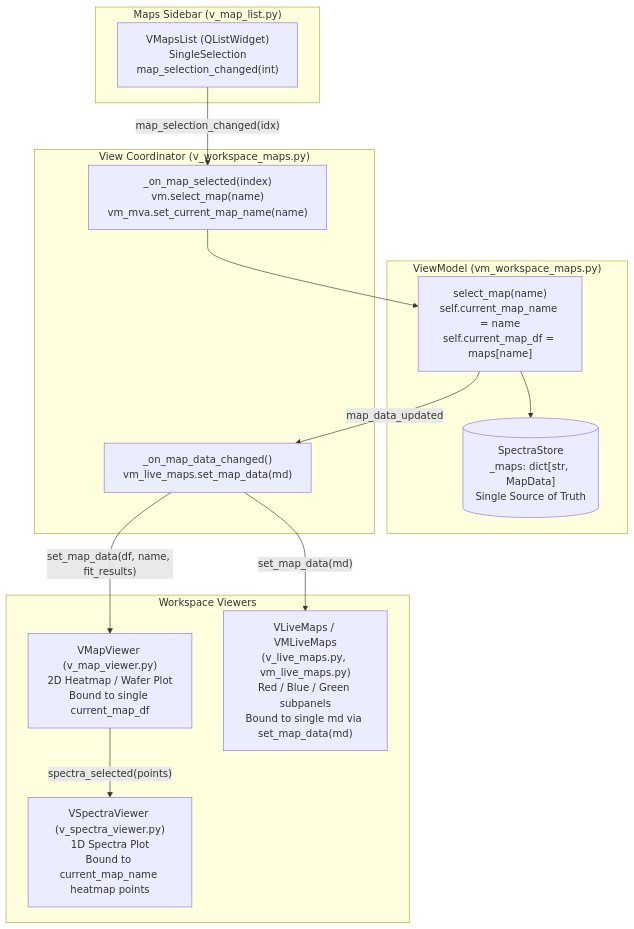
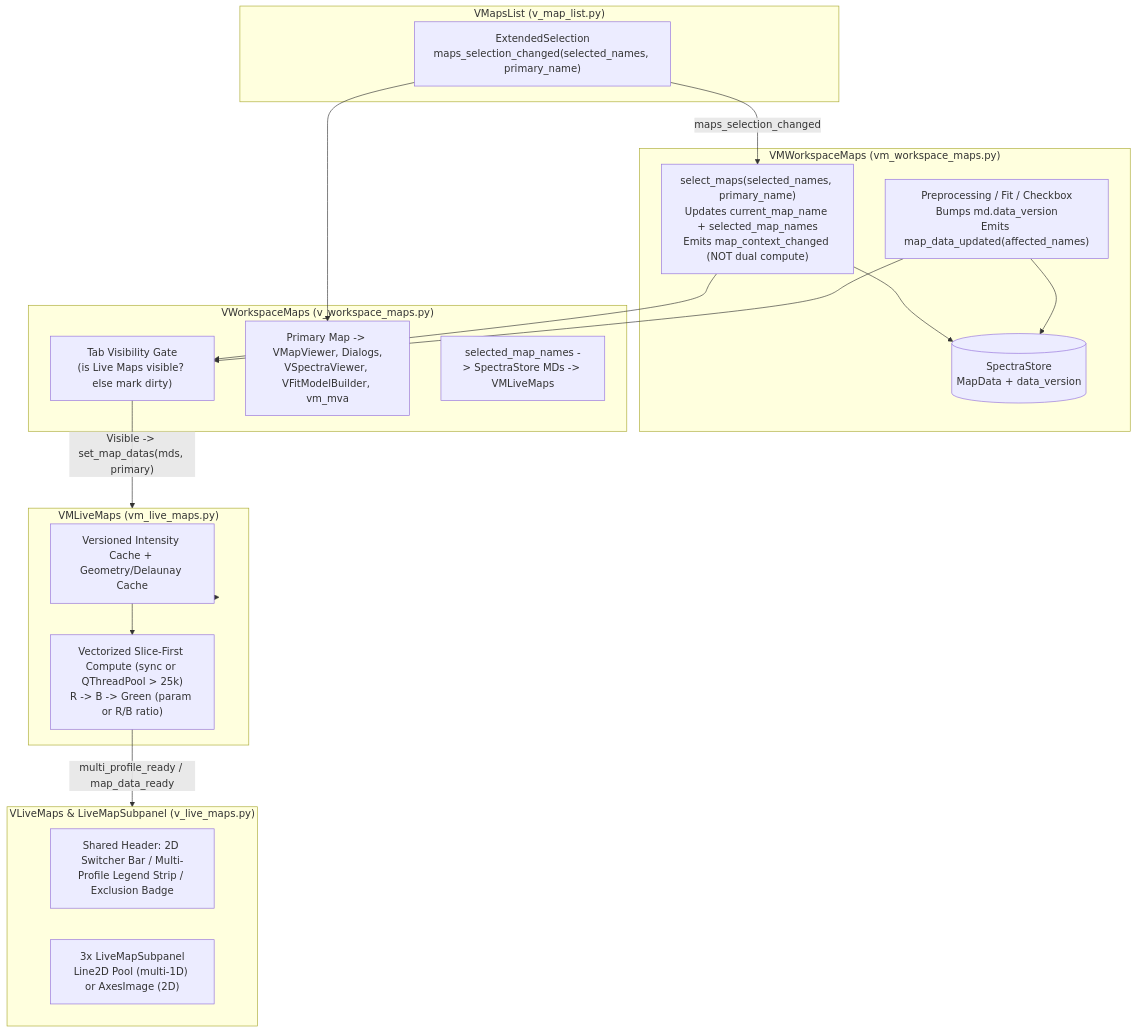
Before and after one commit to CEA-MetroCarac/SPECTROview: the third of 5 diagrams in docs/roadmaps/multi_map_selection_live_maps.md, drawn with Mermaid. The commit also changed other lines of this file and 18 other files, not shown here.

First line of the commit message:
feat(maps): add multi-map selection and optimize Live Maps (Phases 0-4)

````diff
--- a/docs/roadmaps/multi_map_selection_live_maps.md
+++ b/docs/roadmaps/multi_map_selection_live_maps.md
@@ -24,30 +269,38 @@
 ```mermaid
 flowchart TD
-    subgraph UI_Sidebar["Maps Sidebar (v_map_list.py)"]
-        ML["VMapsList (QListWidget)<br/>SingleSelection<br/>map_selection_changed(int)"]
+    subgraph UI_Sidebar["VMapsList (v_map_list.py)"]
+        ML["ExtendedSelection<br/>maps_selection_changed(selected_names, primary_name)"]
     end
 
-    subgraph VM_Maps["ViewModel (vm_workspace_maps.py)"]
-        SEL["select_map(name)<br/>self.current_map_name = name<br/>self.current_map_df = maps[name]"]
-        STORE[("SpectraStore<br/>_maps: dict[str, MapData]<br/>Single Source of Truth")]
+    subgraph VM["VMWorkspaceMaps (vm_workspace_maps.py)"]
+        SEL["select_maps(selected_names, primary_name)<br/>Updates current_map_name + selected_map_names<br/>Emits map_context_changed (NOT dual compute)"]
+        MUT["Preprocessing / Fit / Checkbox<br/>Bumps md.data_version<br/>Emits map_data_updated(affected_names)"]
+        STORE[("SpectraStore<br/>MapData + data_version")]
     end
 
-    subgraph View_Coord["View Coordinator (v_workspace_maps.py)"]
-        V_ON_SEL["_on_map_selected(index)<br/>vm.select_map(name)<br/>vm_mva.set_current_map_name(name)"]
-        V_ON_CHG["_on_map_data_changed()<br/>vm_live_maps.set_map_data(md)"]
+    subgraph ViewCoord["VWorkspaceMaps (v_workspace_maps.py)"]
+        GATE["Tab Visibility Gate<br/>(is Live Maps visible? else mark dirty)"]
+        ROUTE_1["Primary Map -> VMapViewer, Dialogs,<br/>VSpectraViewer, VFitModelBuilder, vm_mva"]
+        ROUTE_M["selected_map_names -> SpectraStore MDs -> VMLiveMaps"]
     end
 
-    subgraph Viewers["Workspace Viewers"]
-        MAP_VIEWER["VMapViewer (v_map_viewer.py)<br/>2D Heatmap / Wafer Plot<br/>Bound to single current_map_df"]
-        SPEC_VIEWER["VSpectraViewer (v_spectra_viewer.py)<br/>1D Spectra Plot<br/>Bound to current_map_name heatmap points"]
-        LIVE_MAPS["VLiveMaps / VMLiveMaps<br/>(v_live_maps.py, vm_live_maps.py)<br/>Red / Blue / Green subpanels<br/>Bound to single md via set_map_data(md)"]
+    subgraph Engine["VMLiveMaps (vm_live_maps.py)"]
+        CACHE["Versioned Intensity Cache + Geometry/Delaunay Cache"]
+        COMP["Vectorized Slice-First Compute (sync or QThreadPool > 25k)<br/>R -> B -> Green (param or R/B ratio)"]
     end
 
-    ML -->|"map_selection_changed(idx)"| V_ON_SEL
-    V_ON_SEL --> SEL
+    subgraph Viz["VLiveMaps & LiveMapSubpanel (v_live_maps.py)"]
+        HDR["Shared Header: 2D Switcher Bar / Multi-Profile Legend Strip / Exclusion Badge"]
+        PAN["3x LiveMapSubpanel<br/>Line2D Pool (multi-1D) or AxesImage (2D)"]
+    end
+
+    ML --> ROUTE_1
+    ML -->|"maps_selection_changed"| SEL
     SEL --> STORE
-    SEL -->|"map_data_updated"| V_ON_CHG
-    V_ON_CHG -->|"set_map_data(df, name, fit_results)"| MAP_VIEWER
-    V_ON_CHG -->|"set_map_data(md)"| LIVE_MAPS
-    MAP_VIEWER -->|"spectra_selected(points)"| SPEC_VIEWER
+    SEL --> GATE
+    MUT --> STORE
+    MUT --> GATE
+    GATE -->|"Visible -> set_map_datas(mds, primary)"| Engine
+    Engine --> CACHE --> COMP
+    COMP -->|"multi_profile_ready / map_data_ready"| Viz
 ```
````
